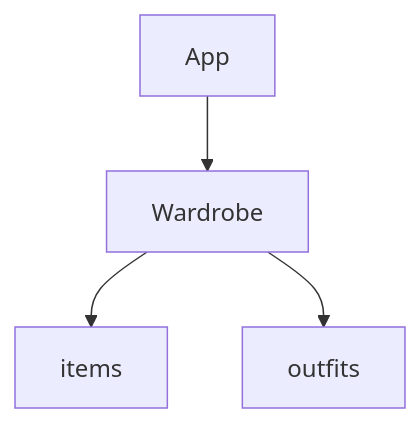
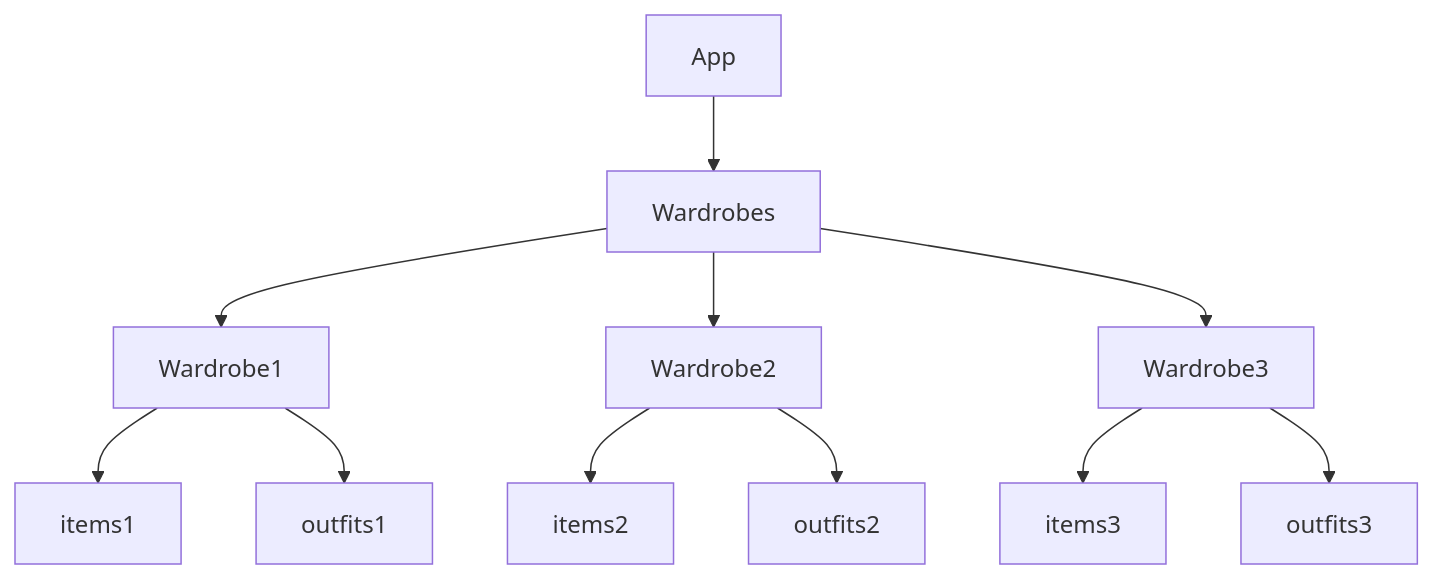
One commit to Programming-Project-2021-22/course-project-irenejosephine changed the fourth of 4 diagrams in README.md. Above: the diagram before and after it, drawn with Mermaid.

````diff
--- a/README.md
+++ b/README.md
@@ -77,6 +77,13 @@
 ```mermaid
 graph TD;
-  App-->Wardrobe;
-  Wardrobe-->items;
-  Wardrobe-->outfits;
+  App-->Wardrobes;
+  Wardrobes-->Wardrobe1;
+  Wardrobes-->Wardrobe2;
+  Wardrobes-->Wardrobe3;
+  Wardrobe1-->items1;
+  Wardrobe1-->outfits1;
+  Wardrobe2-->items2;
+  Wardrobe2-->outfits2;
+  Wardrobe3-->items3;
+  Wardrobe3-->outfits3;
 ```
````
